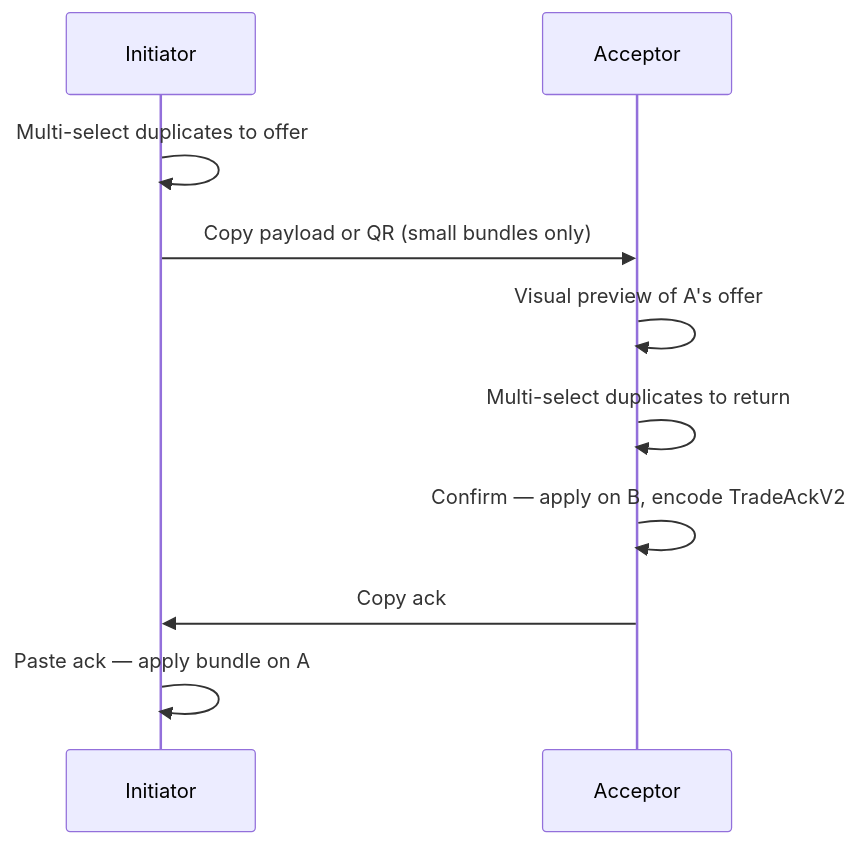
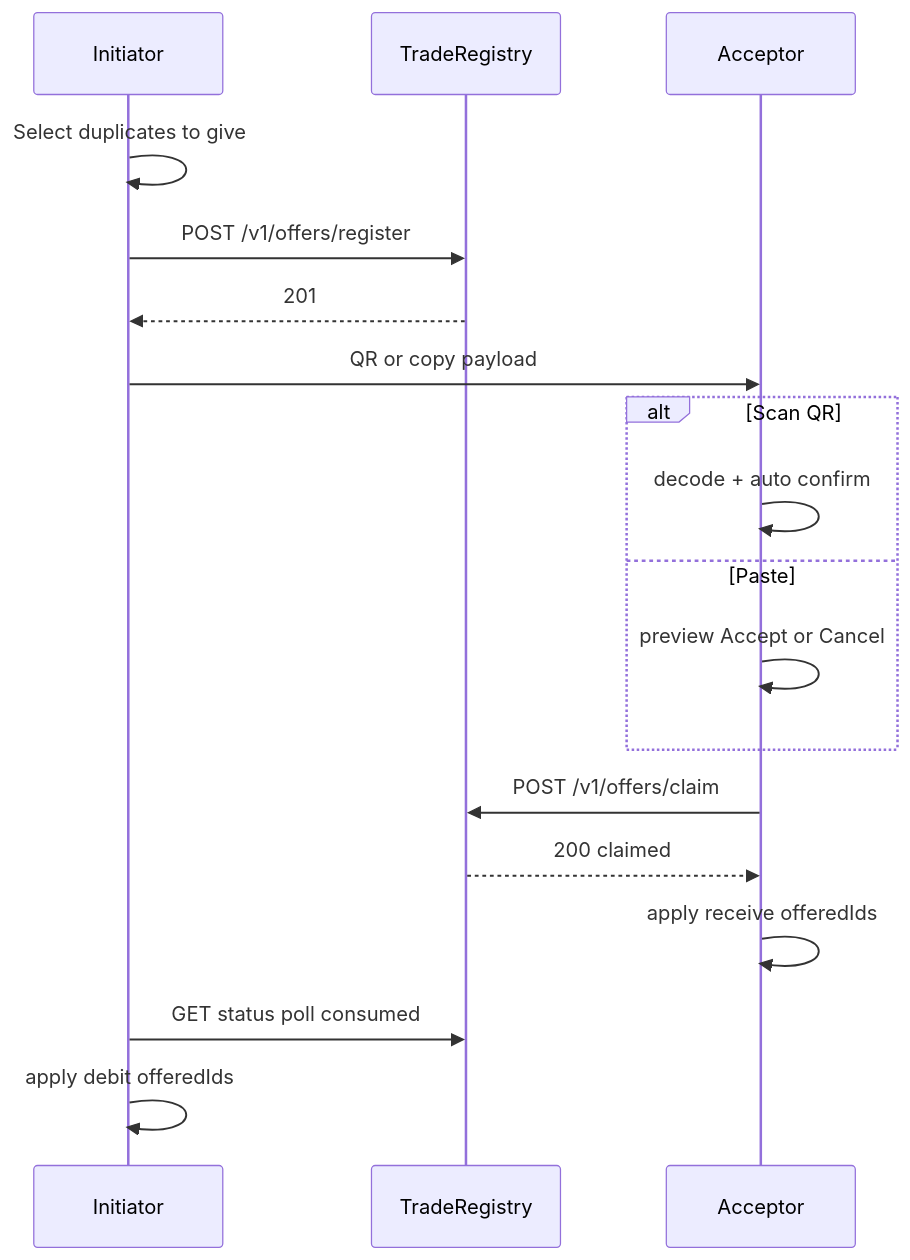
Before and after one commit to Raythan/stickera: the diagram in docs/TRADING-P2P.md, drawn with Mermaid. The commit also changed other lines of this file and 22 other files, not shown here.

First line of the commit message:
feat(trade): simplify P2P to gift flow with required registry

````diff
--- a/docs/TRADING-P2P.md
+++ b/docs/TRADING-P2P.md
@@ -62,13 +44,21 @@
 ```mermaid
 sequenceDiagram
   participant A as Initiator
+  participant R as TradeRegistry
   participant B as Acceptor
 
-  A->>A: Multi-select duplicates to offer
-  A->>B: Copy payload or QR (small bundles only)
-  B->>B: Visual preview of A's offer
-  B->>B: Multi-select duplicates to return
-  B->>B: Confirm — apply on B, encode TradeAckV2
-  B->>A: Copy ack
-  A->>A: Paste ack — apply bundle on A
+  A->>A: Select duplicates to give
+  A->>R: POST /v1/offers/register
+  R-->>A: 201
+  A->>B: QR or copy payload
+  alt Scan QR
+    B->>B: decode + auto confirm
+  else Paste
+    B->>B: preview Accept or Cancel
+  end
+  B->>R: POST /v1/offers/claim
+  R-->>B: 200 claimed
+  B->>B: apply receive offeredIds
+  A->>R: GET status poll consumed
+  A->>A: apply debit offeredIds
 ```
````
